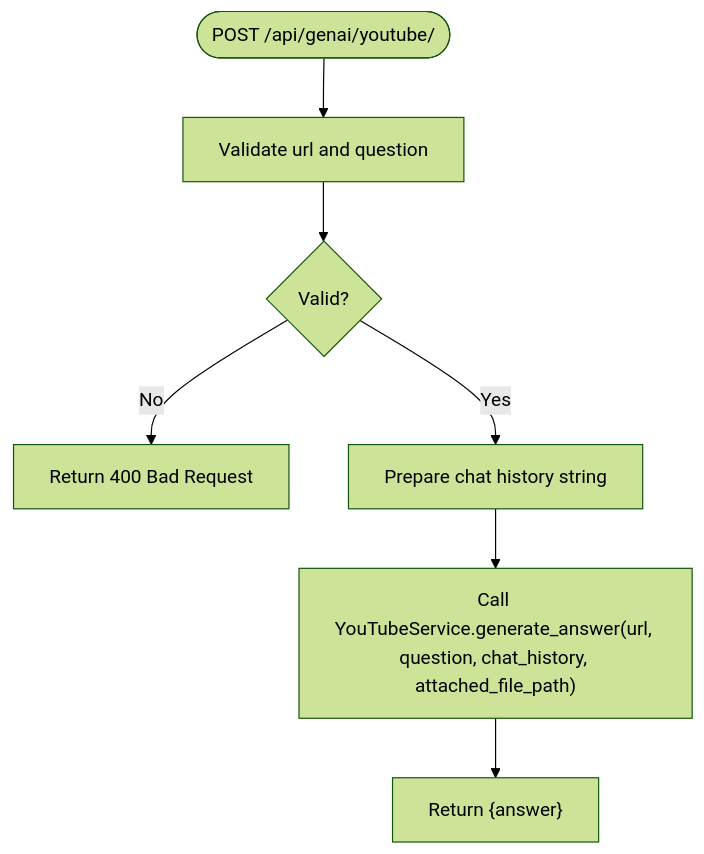
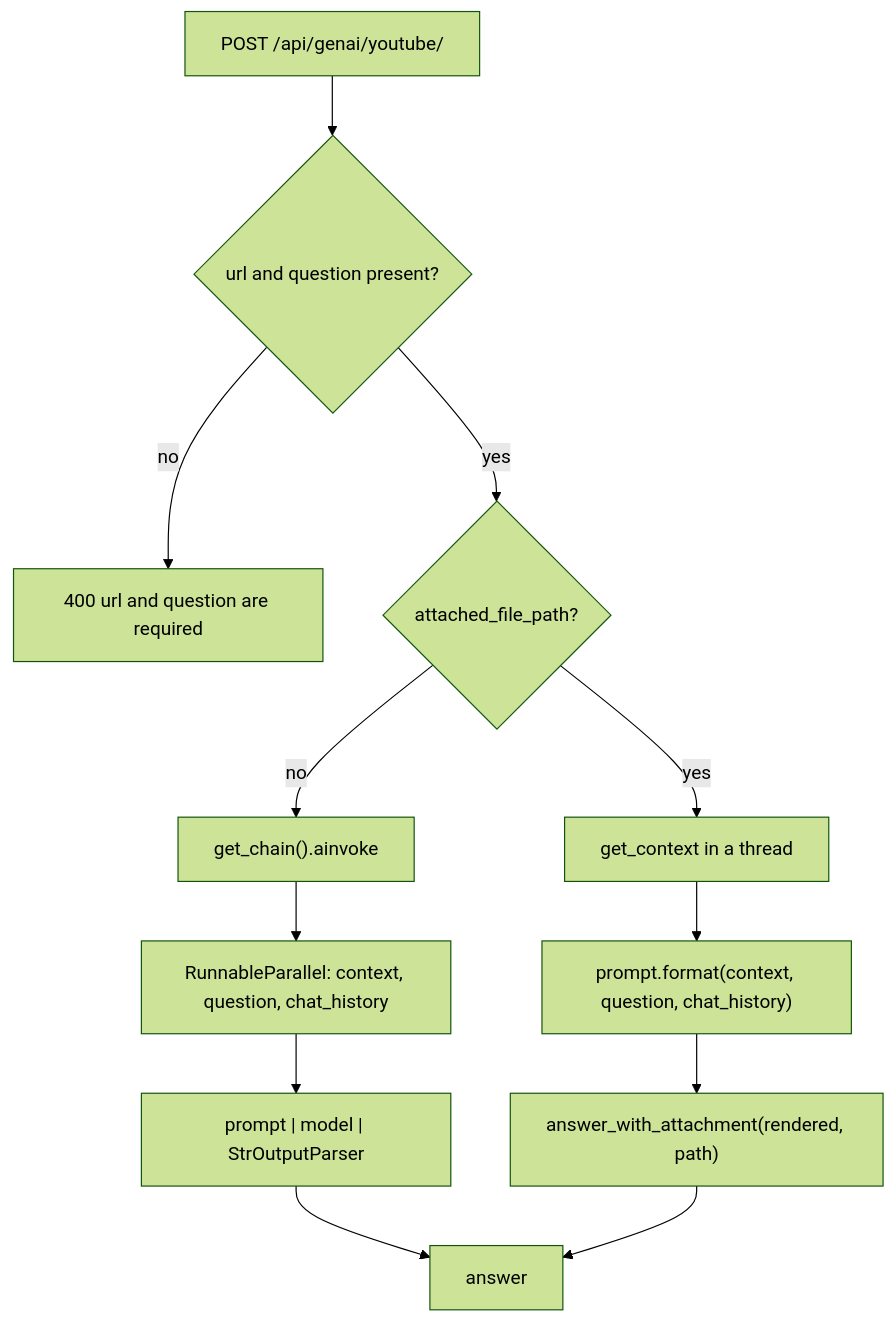
Before and after one commit to tashifkhan/tashif.codes: the third of 5 diagrams in src/data/docs/agentic-browser/API Server/YouTube Integration API.md, drawn with Mermaid (forest theme). The commit also changed other lines of this file and 114 other files, not shown here.

````diff
--- a/src/data/docs/agentic-browser/API Server/YouTube Integration API.md
+++ b/src/data/docs/agentic-browser/API Server/YouTube Integration API.md
@@ -123,9 +96,14 @@
 ```mermaid
 flowchart TD
-Start(["POST /api/genai/youtube/"]) --> Validate["Validate url and question"]
-Validate --> Valid{"Valid?"}
-Valid --> |No| Err400["Return 400 Bad Request"]
-Valid --> |Yes| Prepare["Prepare chat history string"]
-Prepare --> CallService["Call YouTubeService.generate_answer(url, question, chat_history, attached_file_path)"]
-CallService --> Return["Return {answer}"]
+  A["POST /api/genai/youtube/"] --> B{"url and question present?"}
+  B -->|"no"| C["400 url and question are required"]
+  B -->|"yes"| D{"attached_file_path?"}
+  D -->|"no"| E["get_chain().ainvoke"]
+  E --> F["RunnableParallel: context, question, chat_history"]
+  F --> G["prompt | model | StrOutputParser"]
+  G --> H["answer"]
+  D -->|"yes"| I["get_context in a thread"]
+  I --> J["prompt.format(context, question, chat_history)"]
+  J --> K["answer_with_attachment(rendered, path)"]
+  K --> H
 ```
````
